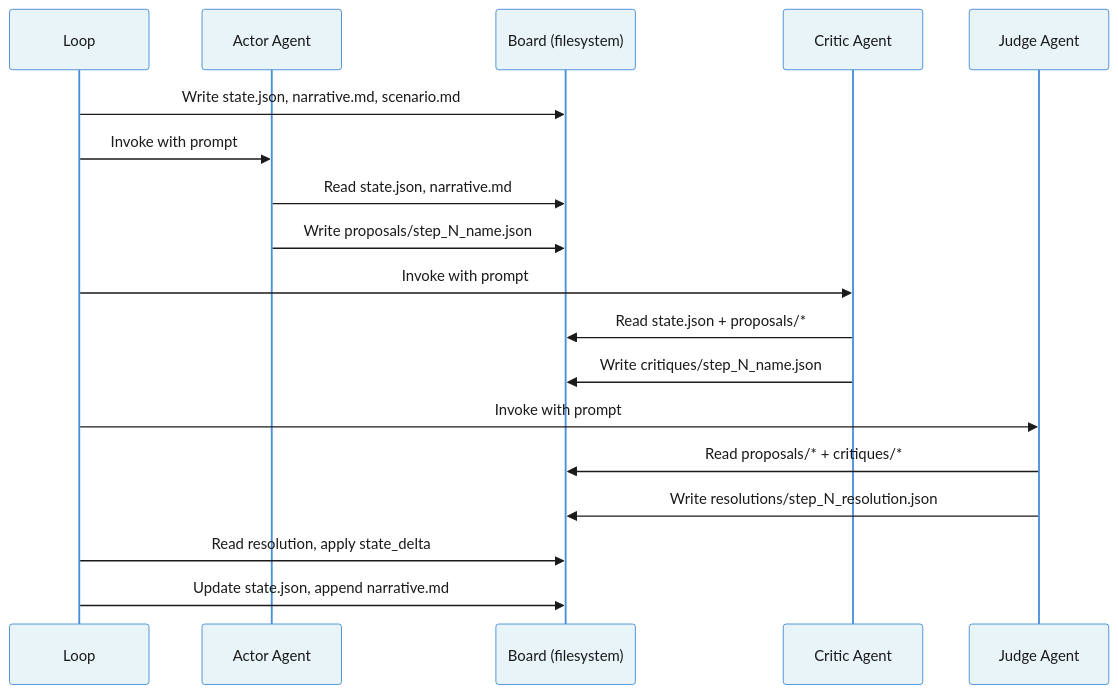
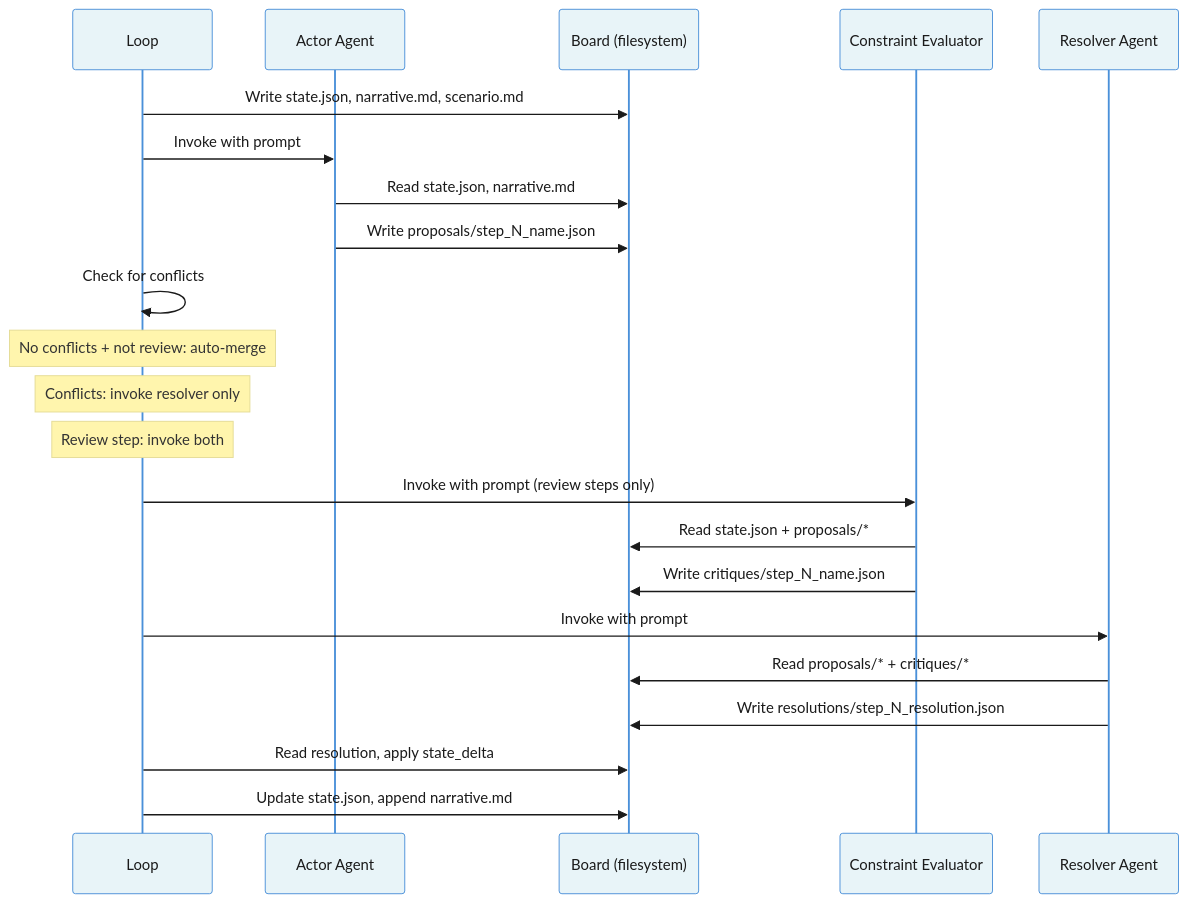
The second of 8 diagrams in docs/guide.md (georgosgeorgos/minimal-agora), drawn with Mermaid before and after one commit. The commit also changed other lines of this file and 53 other files, not shown here.

````diff
--- a/docs/guide.md
+++ b/docs/guide.md
@@ -138,22 +144,26 @@
 ```mermaid
 %%{init: {'theme': 'base', 'themeVariables': {'primaryColor': '#e8f4f8', 'primaryTextColor': '#1a1a1a', 'primaryBorderColor': '#4a90d9', 'lineColor': '#5a5a5a', 'secondaryColor': '#f0f7e8', 'tertiaryColor': '#fff5e6', 'fontSize': '14px'}}}%%
 sequenceDiagram
     participant L as Loop
     participant A as Actor Agent
     participant B as Board (filesystem)
-    participant C as Critic Agent
-    participant J as Judge Agent
+    participant CE as Constraint Evaluator
+    participant R as Resolver Agent
 
     L->>B: Write state.json, narrative.md, scenario.md
     L->>A: Invoke with prompt
     A->>B: Read state.json, narrative.md
     A->>B: Write proposals/step_N_name.json
-    L->>C: Invoke with prompt
-    C->>B: Read state.json + proposals/*
-    C->>B: Write critiques/step_N_name.json
-    L->>J: Invoke with prompt
-    J->>B: Read proposals/* + critiques/*
-    J->>B: Write resolutions/step_N_resolution.json
+    L->>L: Check for conflicts
+    Note over L: No conflicts + not review: auto-merge
+    Note over L: Conflicts: invoke resolver only
+    Note over L: Review step: invoke both
+    L->>CE: Invoke with prompt (review steps only)
+    CE->>B: Read state.json + proposals/*
+    CE->>B: Write critiques/step_N_name.json
+    L->>R: Invoke with prompt
+    R->>B: Read proposals/* + critiques/*
+    R->>B: Write resolutions/step_N_resolution.json
     L->>B: Read resolution, apply state_delta
     L->>B: Update state.json, append narrative.md
 ```
````
